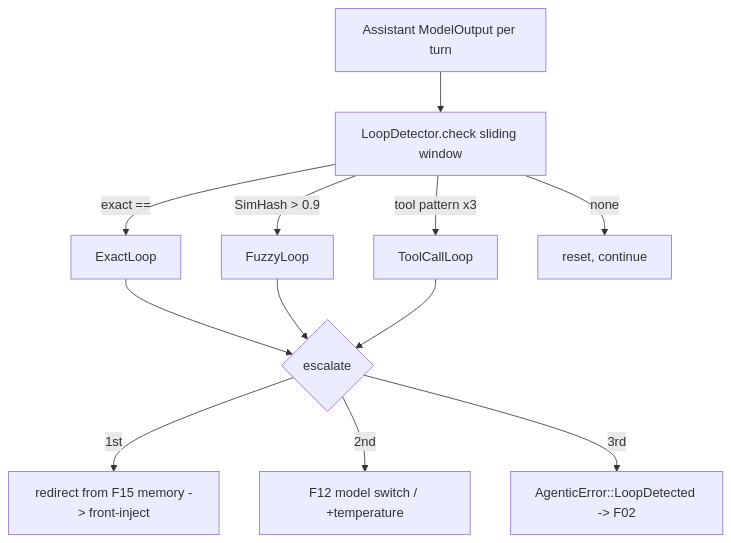
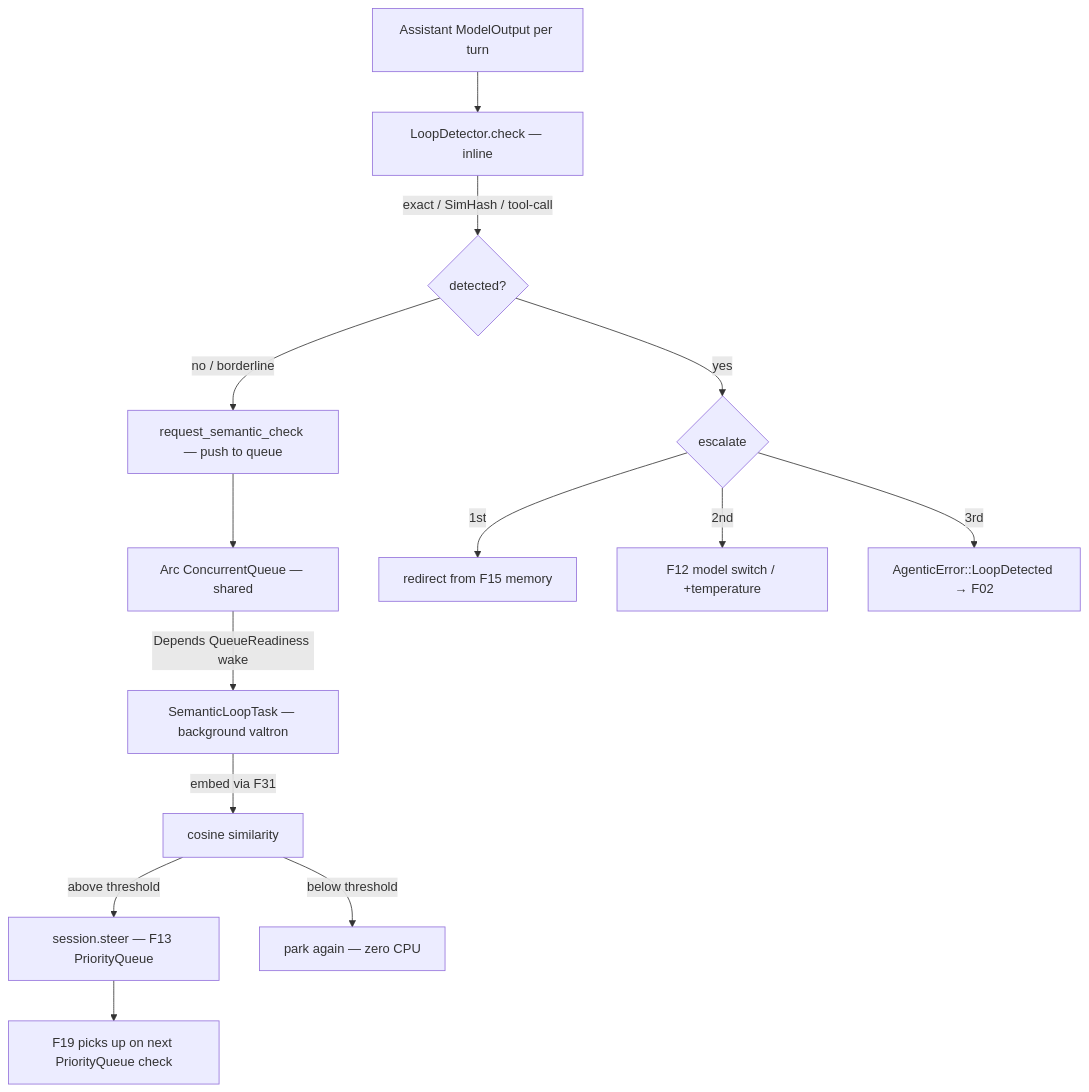
One commit to ewe-studios/ewe_platform changed the diagram in specifications/36-agentic-api/features/17-loop-detection/feature.md. Above: the diagram before and after it, drawn with Mermaid. The commit also changed other lines of this file and 29 other files, not shown here.

First line of the commit message:
spec(36): resolve Items #10-#14 — error handling, pipeline, loop detection, cancellation, agentic feature

````diff
--- a/specifications/36-agentic-api/features/17-loop-detection/feature.md
+++ b/specifications/36-agentic-api/features/17-loop-detection/feature.md
@@ -144,14 +238,18 @@
 ```mermaid
 graph TD
-    OUT[Assistant ModelOutput per turn] --> CHK[LoopDetector.check sliding window]
-    CHK -->|exact ==| EX[ExactLoop]
-    CHK -->|SimHash > 0.9| FZ[FuzzyLoop]
-    CHK -->|tool pattern x3| TC[ToolCallLoop]
-    CHK -->|none| RESET[reset, continue]
-    EX --> ESC{escalate}
-    FZ --> ESC
-    TC --> ESC
-    ESC -->|1st| RD[redirect from F15 memory -> front-inject]
+    OUT[Assistant ModelOutput per turn] --> CHK[LoopDetector.check — inline]
+    CHK -->|exact / SimHash / tool-call| DET{detected?}
+    DET -->|yes| ESC{escalate}
+    DET -->|no / borderline| SQ[request_semantic_check — push to queue]
+
+    SQ --> CQ[Arc ConcurrentQueue — shared]
+    CQ -->|Depends QueueReadiness wake| SEM[SemanticLoopTask — background valtron]
+    SEM -->|embed via F31| COS[cosine similarity]
+    COS -->|above threshold| STEER[session.steer — F13 PriorityQueue]
+    COS -->|below threshold| PARK[park again — zero CPU]
+    STEER --> F19[F19 picks up on next PriorityQueue check]
+
+    ESC -->|1st| RD[redirect from F15 memory]
     ESC -->|2nd| SW[F12 model switch / +temperature]
-    ESC -->|3rd| TERM[AgenticError::LoopDetected -> F02]
+    ESC -->|3rd| TERM[AgenticError::LoopDetected → F02]
 ```
````
